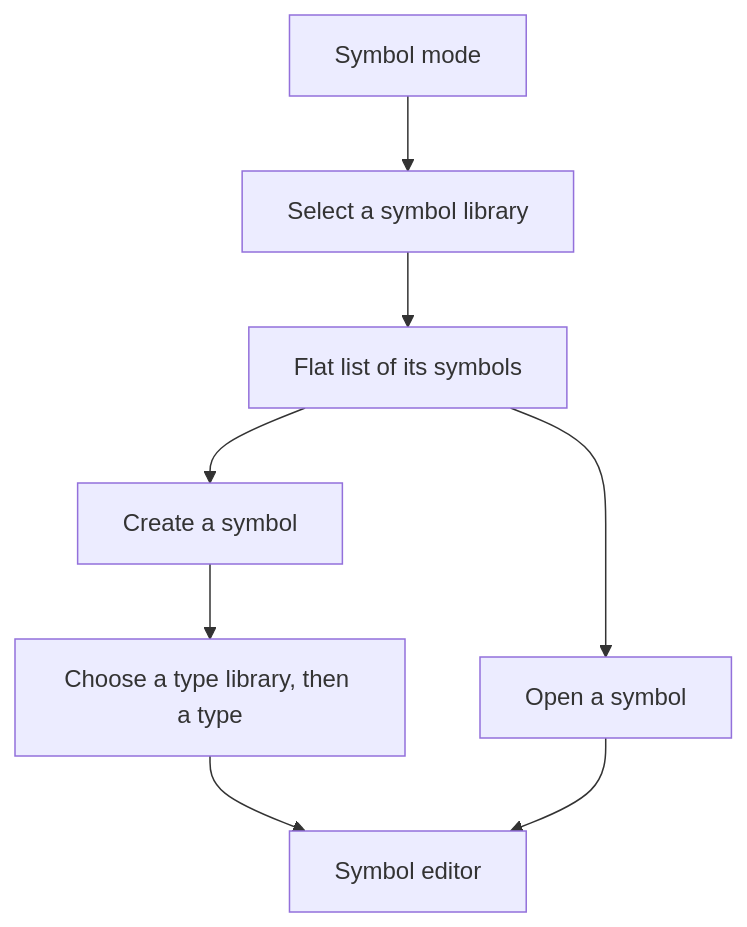
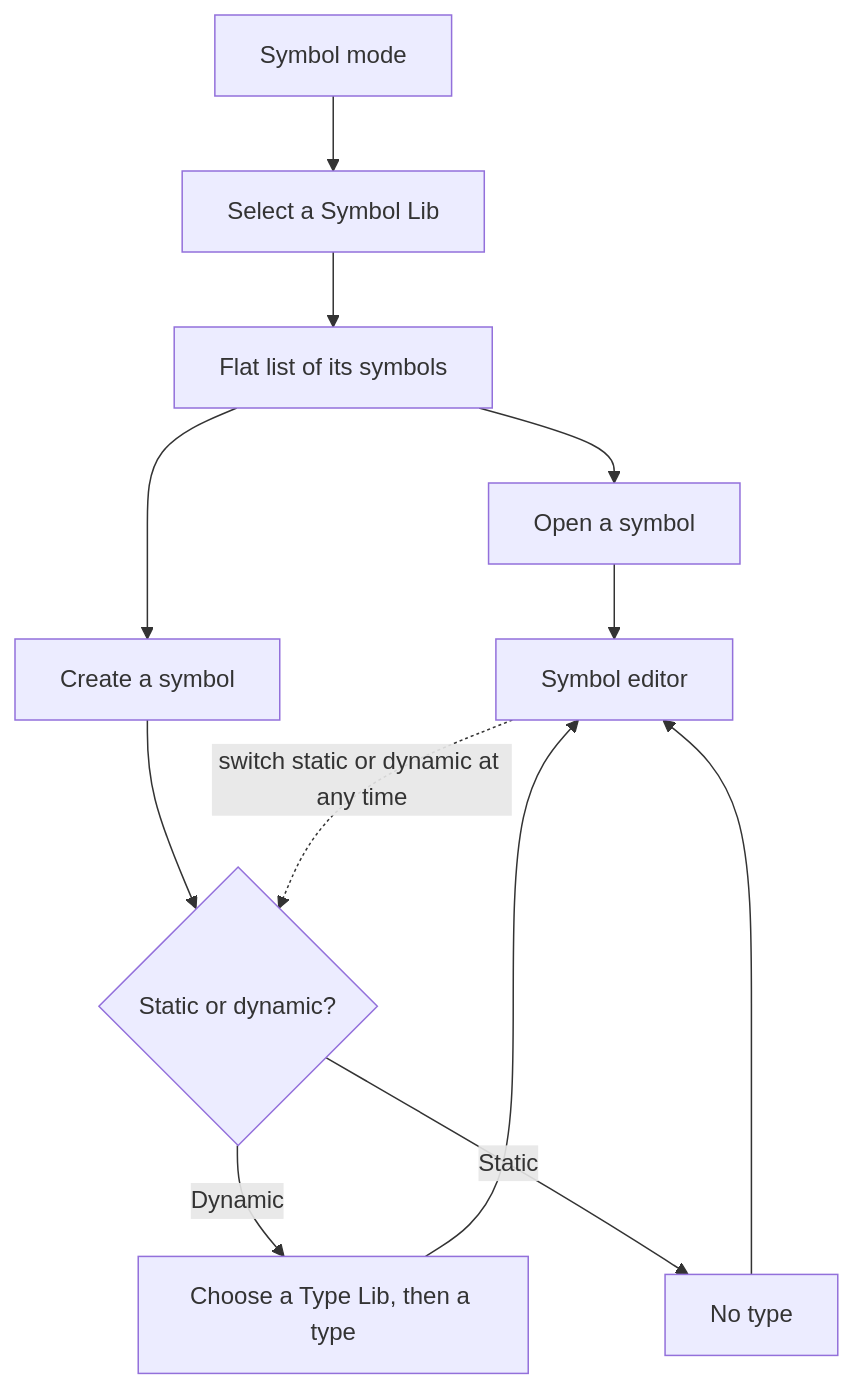
One commit to AlexandreGallais/synoptic-studio-spec changed the diagram in symbols/01-libraries-and-symbols.md. Above: the diagram before and after it, drawn with Mermaid. The commit also changed other lines of this file and 5 other files, not shown here.

First line of the commit message:
docs(symbols): add static and dynamic symbols, name the two libs

````diff
--- a/symbols/01-libraries-and-symbols.md
+++ b/symbols/01-libraries-and-symbols.md
@@ -23,10 +24,14 @@
 ```mermaid
 flowchart TD
-    A["Symbol mode"] --> B["Select a symbol library"]
+    A["Symbol mode"] --> B["Select a Symbol Lib"]
     B --> C["Flat list of its symbols"]
     C --> D["Open a symbol"]
     C --> E["Create a symbol"]
-    E --> F["Choose a type library, then a type"]
+    E --> K{"Static or dynamic?"}
+    K -- "Dynamic" --> F["Choose a Type Lib, then a type"]
+    K -- "Static" --> H["No type"]
     F --> G["Symbol editor"]
+    H --> G
     D --> G
+    G -.->|"switch static or dynamic at any time"| K
 ```
````
